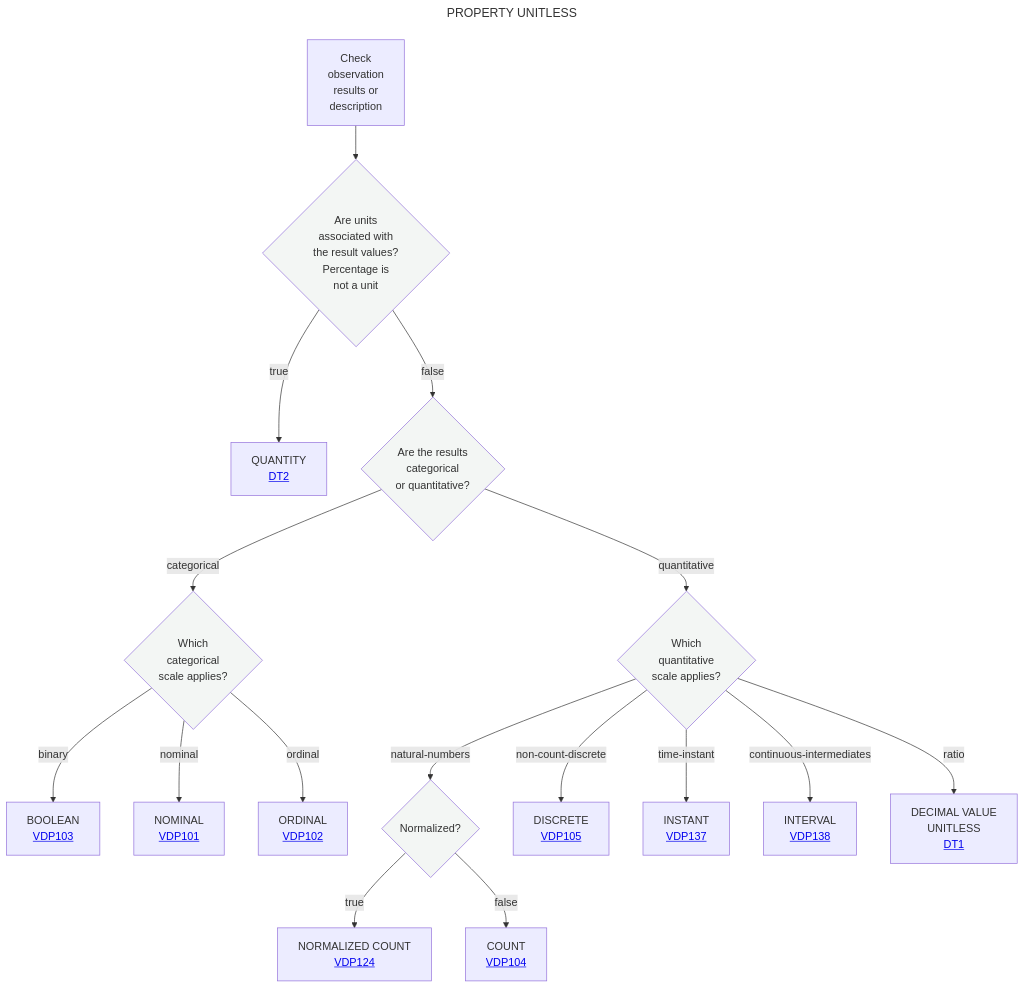
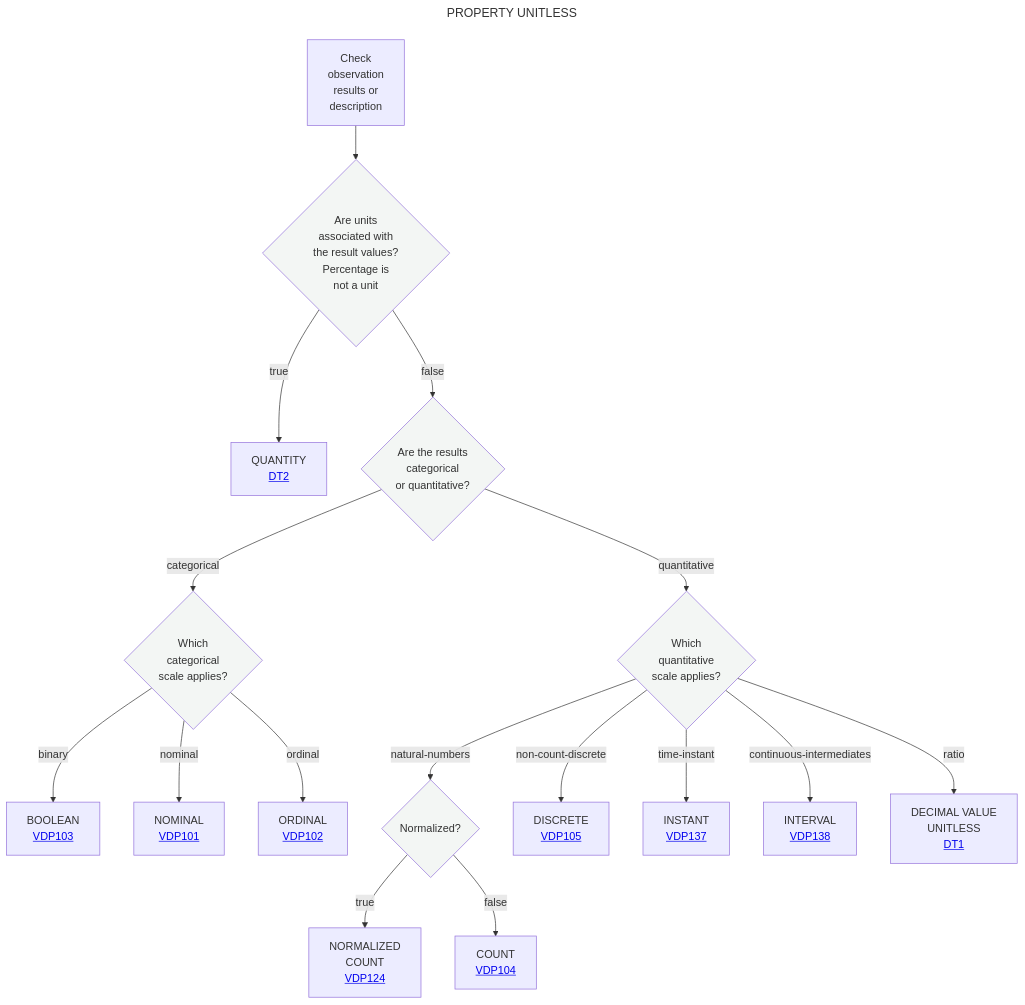
The diagram in Decision_trees/DT0.mmd (mabablue/I-ADOPT-patterns-playground), drawn with Mermaid before and after one commit.

Commit message:
Update label for normalized count in DT0.mmd

```diff
--- a/Decision_trees/DT0.mmd
+++ b/Decision_trees/DT0.mmd
@@ -1,30 +1,30 @@
 ---
 title: PROPERTY UNITLESS
 ---
 flowchart TD
     A[Check <br> observation <br> results or <br> description] --> B{Are units  <br> associated with <br> the result values? <br> Percentage is <br> not a unit}:::white
     
     %% Branch: Units Present -> QUANTITY (Ratio Scale with Units)
     B --> |true|N[QUANTITY <br> <a href='https://github.com/mabablue/I-ADOPT-patterns-playground/blob/main/Decision_trees/DT2.mmd'>DT2</a><br>]
     
     %% Branch: Unitless Path
     B --> |false|C{Are the results <br> categorical <br> or quantitative?}:::white
     
     %% Categorical Branch (Binary, Nominal, Ordinal)
     C -- categorical --> D{Which <br> categorical <br> scale applies?}:::white
     D -- binary --> E[BOOLEAN <br> <a href='https://github.com/mabablue/I-ADOPT-patterns-playground/blob/main/pattern/VDP103.yaml'>VDP103</a><br>]
     D -- nominal -->F[NOMINAL <br> <a href='https://github.com/mabablue/I-ADOPT-patterns-playground/blob/main/pattern/VDP101.yaml'>VDP101</a><br>]
     D -- ordinal -->G[ORDINAL <br> <a href='https://github.com/mabablue/I-ADOPT-patterns-playground/blob/main/pattern/VDP102.yaml'>VDP102</a><br>]
     C -- quantitative -->H{Which <br> quantitative <br> scale applies?}:::white
     H -- natural-numbers -->I{Normalized?}:::white
-    I --> |true|Q[NORMALIZED COUNT <br> <a href='https://github.com/mabablue/I-ADOPT-patterns-playground/blob/main/pattern/VDP124.yaml'>VDP124</a><br>]
+    I --> |true|Q[NORMALIZED <br> COUNT <br> <a href='https://github.com/mabablue/I-ADOPT-patterns-playground/blob/main/pattern/VDP124.yaml'>VDP124</a><br>]
     I --> |false|P[COUNT <br> <a href='https://github.com/mabablue/I-ADOPT-patterns-playground/blob/main/pattern/VDP104.yaml'>VDP104</a><br>]
     H -- non-count-discrete -->O[DISCRETE <br> <a href='https://github.com/mabablue/I-ADOPT-patterns-playground/blob/main/pattern/VDP104.yaml'>VDP105</a><br>]
     H -- time-instant -->K[INSTANT <br> <a href='https://github.com/mabablue/I-ADOPT-patterns-playground/blob/main/pattern/VDP137.yaml'>VDP137</a><br>]
     H -- continuous-intermediates -->L[INTERVAL <br> <a href='https://github.com/mabablue/I-ADOPT-patterns-playground/blob/main/pattern/VDP138.yaml'>VDP138</a><br>]
     H -- ratio -->M[DECIMAL VALUE <br> UNITLESS <br> <a href='https://github.com/mabablue/I-ADOPT-patterns-playground/blob/main/Decision_trees/DT1.mmd'>DT1</a><br>]
 
     classDef blue fill:#90D5FF
     classDef satblue fill:#57B9FF
     classDef white fill:#f3f6f4
     classDef green fill:#6aa84f
```
